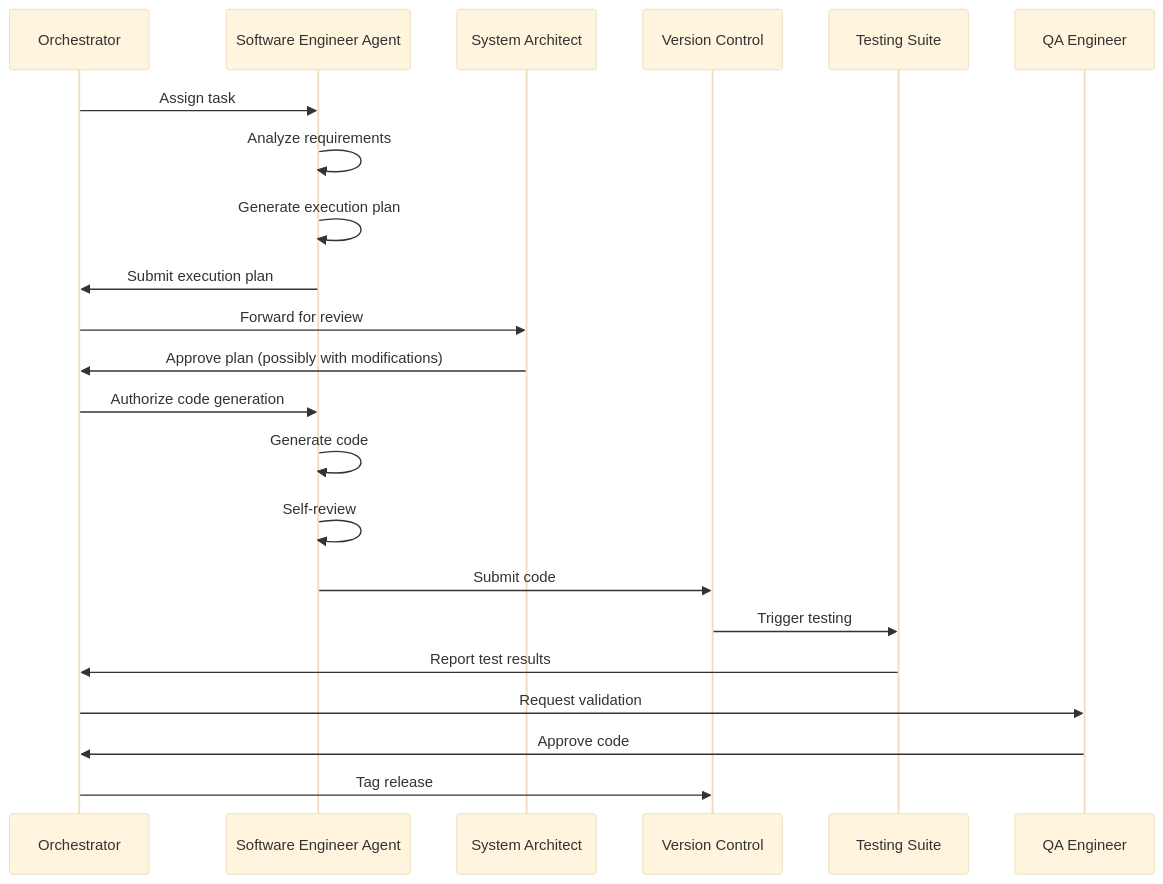
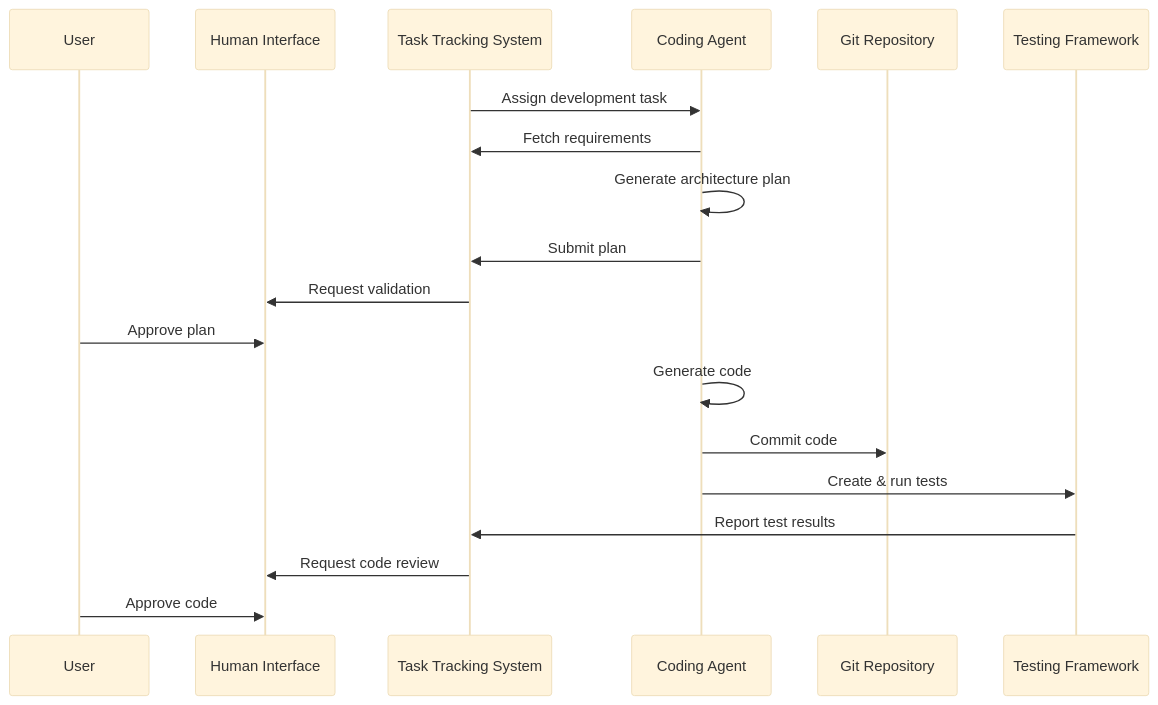
Before and after one commit to kgatilin/aihive: the fifth of 5 diagrams in docs/arch/data_flow_architecture.md, drawn with Mermaid (base theme). The commit also changed other lines of this file and 3 other files, not shown here.

Commit message:
Streamline architecture docs to align with simplified component architecture

````diff
--- a/docs/arch/data_flow_architecture.md
+++ b/docs/arch/data_flow_architecture.md
@@ -115,25 +108,22 @@
 ```mermaid
 sequenceDiagram
-    participant O as Orchestrator
-    participant SE as Software Engineer Agent
-    participant SA as System Architect
-    participant VCS as Version Control
-    participant TS as Testing Suite
-    participant QA as QA Engineer
+    participant User
+    participant HI as Human Interface
+    participant TTS as Task Tracking System
+    participant CA as Coding Agent
+    participant Git as Git Repository
+    participant Tests as Testing Framework
 
-    O->>SE: Assign task
-    SE->>SE: Analyze requirements
-    SE->>SE: Generate execution plan
-    SE->>O: Submit execution plan
-    O->>SA: Forward for review
-    SA->>O: Approve plan (possibly with modifications)
-    O->>SE: Authorize code generation
-    SE->>SE: Generate code
-    SE->>SE: Self-review
-    SE->>VCS: Submit code
-    VCS->>TS: Trigger testing
-    TS->>O: Report test results
-    O->>QA: Request validation
-    QA->>O: Approve code
-    O->>VCS: Tag release
+    TTS->>CA: Assign development task
+    CA->>TTS: Fetch requirements
+    CA->>CA: Generate architecture plan
+    CA->>TTS: Submit plan
+    TTS->>HI: Request validation
+    User->>HI: Approve plan
+    CA->>CA: Generate code
+    CA->>Git: Commit code
+    CA->>Tests: Create & run tests
+    Tests->>TTS: Report test results
+    TTS->>HI: Request code review
+    User->>HI: Approve code
 ```
````
